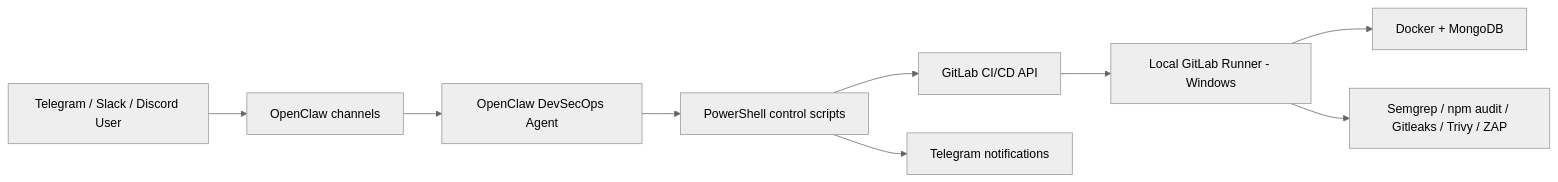
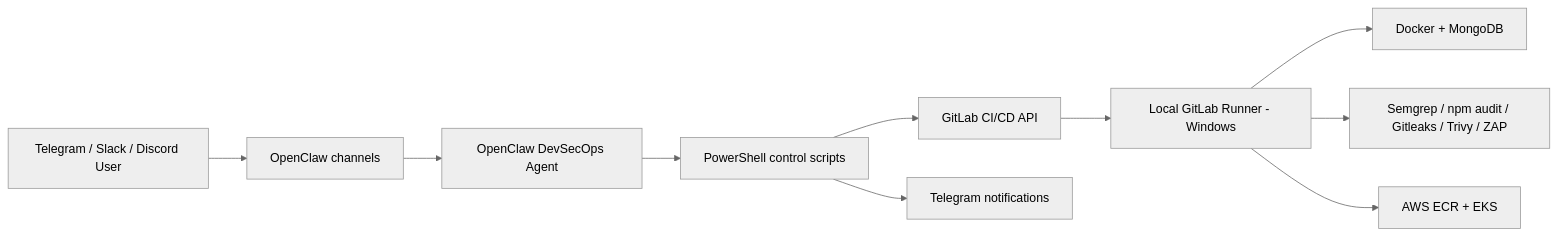
One commit to Simo-Zg/ToDo-app changed the diagram in README.md. Above: the diagram before and after it, drawn with Mermaid (neutral theme). The commit also changed other lines of this file and 21 other files, not shown here.

Commit message:
Add AWS EKS deployment path

````diff
--- a/README.md
+++ b/README.md
@@ -17,11 +17,12 @@
 ```mermaid
 flowchart LR
   U[Telegram / Slack / Discord User] --> B[OpenClaw channels]
   B --> A[OpenClaw DevSecOps Agent]
   A --> P[PowerShell control scripts]
   P --> G[GitLab CI/CD API]
   G --> R[Local GitLab Runner - Windows]
   R --> D[Docker + MongoDB]
   R --> S[Semgrep / npm audit / Gitleaks / Trivy / ZAP]
+  R --> E[AWS ECR + EKS]
   P --> T[Telegram notifications]
 ```
````
